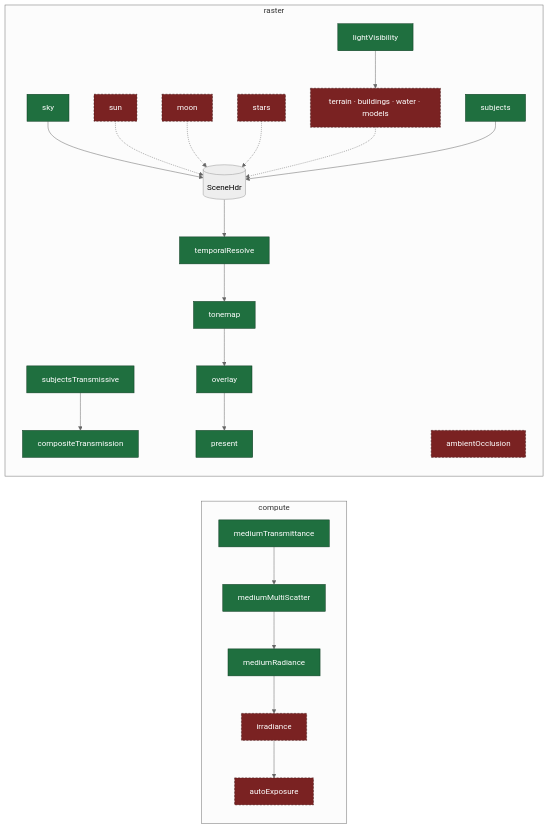
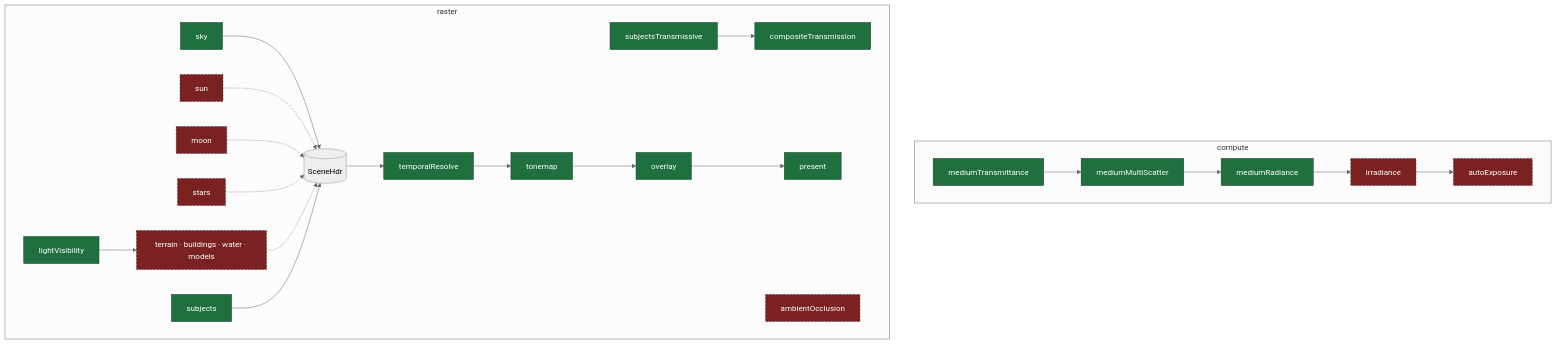
One commit to Weichwolf/outshine changed the fourth of 10 diagrams in CLAUDE.md. Above: the diagram before and after it, drawn with Mermaid (neutral theme). The commit also changed other lines of this file, not shown here.

First line of the commit message:
CLAUDE.md carries IST and SOLL for class structure and public interface, and every diagram builds vertically

````diff
--- a/CLAUDE.md
+++ b/CLAUDE.md
@@ -93,22 +93,22 @@
 ```mermaid
-flowchart LR
+flowchart TD
   subgraph compute
     T["mediumTransmittance"] --> M["mediumMultiScatter"] --> R["mediumRadiance"]
     R --> IR["irradiance"] --> AE["autoExposure"]
   end
   subgraph raster
     LV["lightVisibility"] --> GEO
     SKY["sky"] --> HDR[("SceneHdr")]
     SUN["sun"] & MOON["moon"] & STARS["stars"] -.-> HDR
     GEO["terrain · buildings · water · models"] -.-> HDR
     SUBJ["subjects"] --> HDR
     GLASS["subjectsTransmissive"] --> CT["compositeTransmission"]
     AO["ambientOcclusion"]
     HDR --> TAA["temporalResolve"] --> TONE["tonemap"] --> OV["overlay"] --> P["present"]
   end
 
   classDef built fill:#1f6f3f,stroke:#0d3b21,color:#fff
   classDef absent fill:#7a2222,stroke:#3d1111,color:#fff,stroke-dasharray:4 3
   class T,M,R,SKY,LV,SUBJ,GLASS,CT,TAA,TONE,OV,P built
   class IR,AE,SUN,MOON,STARS,GEO,AO absent
 ```
````
